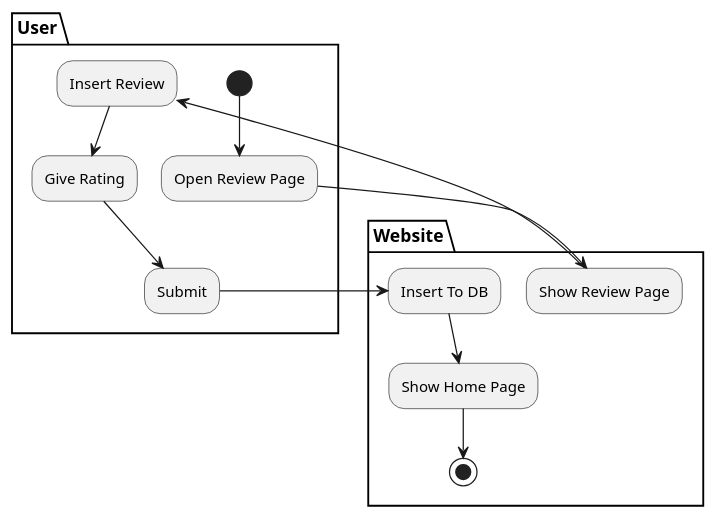
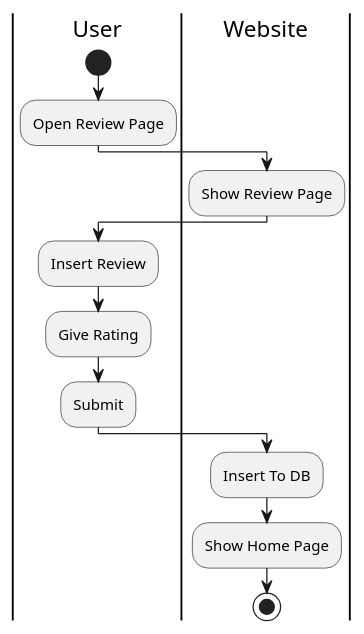
The diagram in Design/BHFMS_ACTIVITY/Make Review.puml (AntWort21/BHFMS), drawn with PlantUML before and after one commit. The commit also changed 4 other files, not shown here.

Commit message:
fixed activity diagram to new format

```diff
--- a/Design/BHFMS_ACTIVITY/Make Review.puml
+++ b/Design/BHFMS_ACTIVITY/Make Review.puml
@@ -1,27 +1,19 @@
 @startuml
+|User|
+start
+:Open Review Page;
 
-partition User {
-    (*) --> "Open Review Page"
-}
+|Website|
+:Show Review Page;
 
-partition Website {
-    "Open Review Page" --> "Show Review Page"    
-}
+|User|
+:Insert Review;
+:Give Rating;
+:Submit;
 
-partition User {
-    "Show Review Page" --> "Insert Review"
+|Website|
+:Insert To DB;
+:Show Home Page;
 
-    "Insert Review" --> "Give Rating"
-
-    "Give Rating" --> "Submit"
-}
-
-partition Website {
-    "Submit" --> "Insert To DB"
-
-    "Insert To DB" --> "Show Home Page"
-
-    "Show Home Page" --> (*)
-}
-
+stop
 @enduml
```
